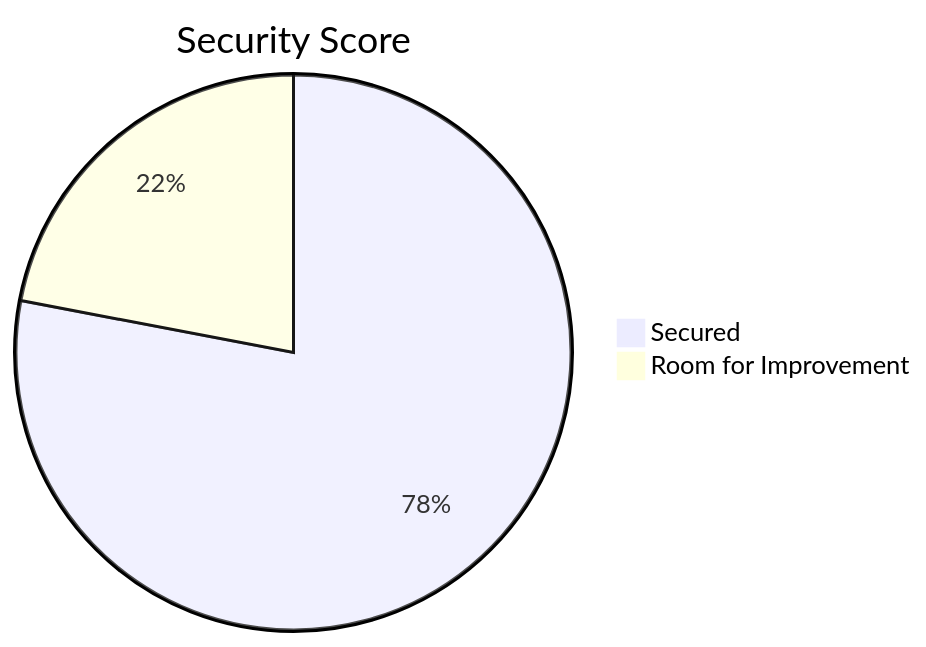
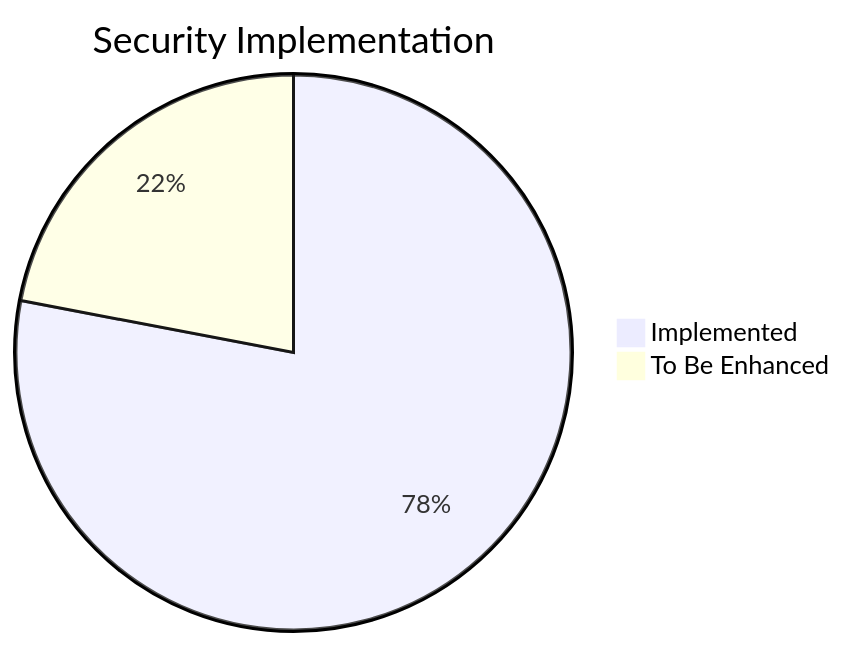
One commit to danbiocchi/oxidizedoasis-websands changed the first of 7 diagrams in docs/Security_Audit.md. Above: the diagram before and after it, drawn with Mermaid. The commit also changed other lines of this file, not shown here.

````diff
--- a/docs/Security_Audit.md
+++ b/docs/Security_Audit.md
@@ -12,5 +12,5 @@
 ```mermaid
-pie title Security Score
-    "Secured" : 78
-    "Room for Improvement" : 22
+pie title Security Implementation
+    "Implemented" : 78
+    "To Be Enhanced" : 22
 ```
````
